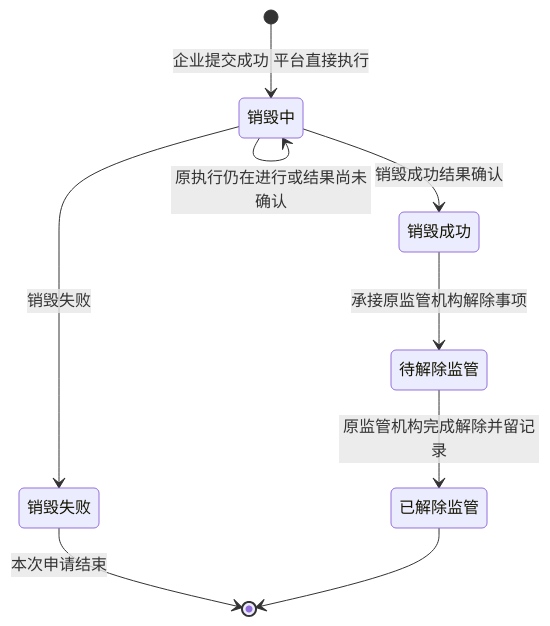
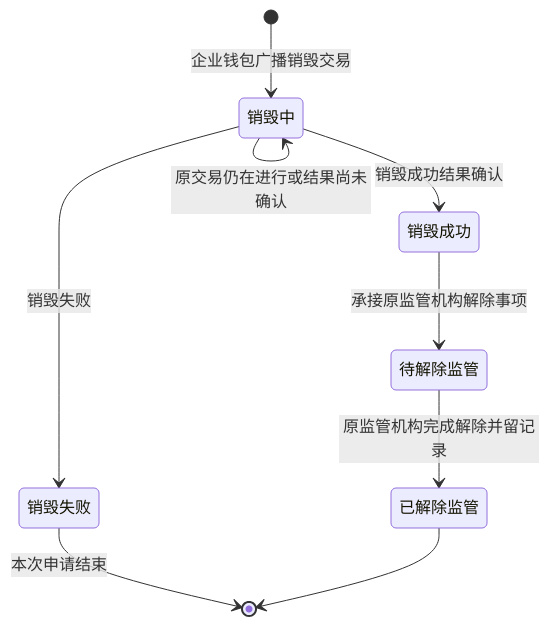
Before and after one commit to wxblockchain/Chain-Financing: the third of 4 diagrams in token-issuance-platform/PRD/面客端/M4a-我的代币与销毁申请/02-我的代币与销毁申请-流程图与状态机.md, drawn with Mermaid. The commit also changed other lines of this file and 15 other files, not shown here.

````diff
--- a/token-issuance-platform/PRD/面客端/M4a-我的代币与销毁申请/02-我的代币与销毁申请-流程图与状态机.md
+++ b/token-issuance-platform/PRD/面客端/M4a-我的代币与销毁申请/02-我的代币与销毁申请-流程图与状态机.md
@@ -79,16 +75,16 @@
 ```mermaid
 stateDiagram-v2
     state "销毁中" as Burning
     state "销毁失败" as Failed
     state "销毁成功" as Burned
     state "待解除监管" as ReleasePending
     state "已解除监管" as Released
-    [*] --> Burning: 企业提交成功 平台直接执行
-    Burning --> Burning: 原执行仍在进行或结果尚未确认
+    [*] --> Burning: 企业钱包广播销毁交易
+    Burning --> Burning: 原交易仍在进行或结果尚未确认
     Burning --> Failed: 销毁失败
     Burning --> Burned: 销毁成功结果确认
     Burned --> ReleasePending: 承接原监管机构解除事项
     ReleasePending --> Released: 原监管机构完成解除并留记录
     Failed --> [*]: 本次申请结束
     Released --> [*]
 ```
````
